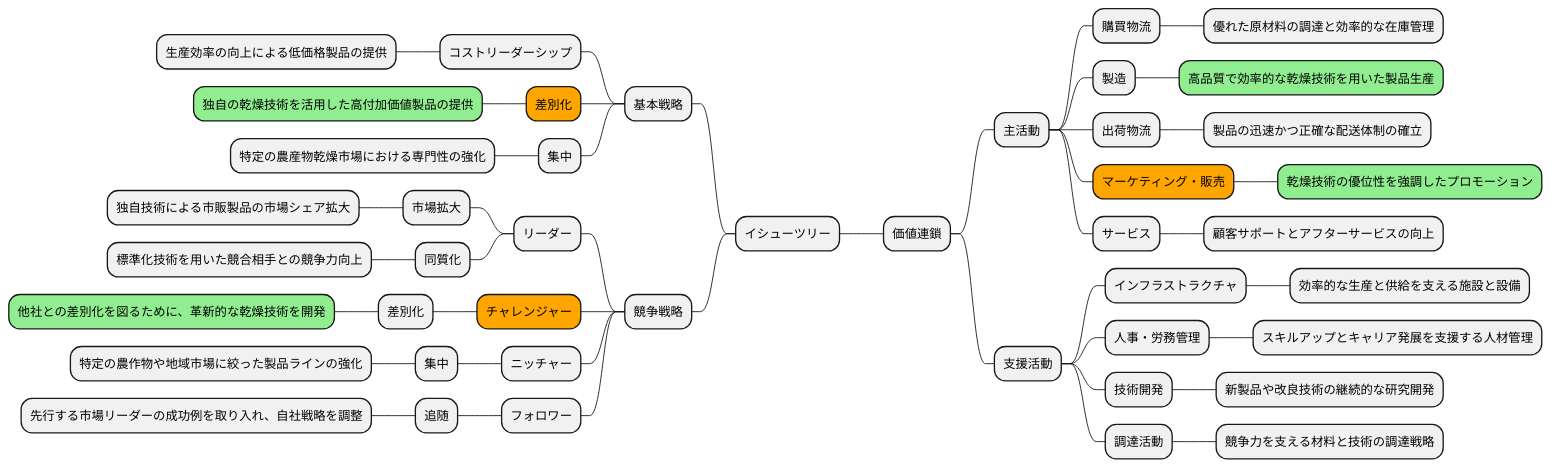
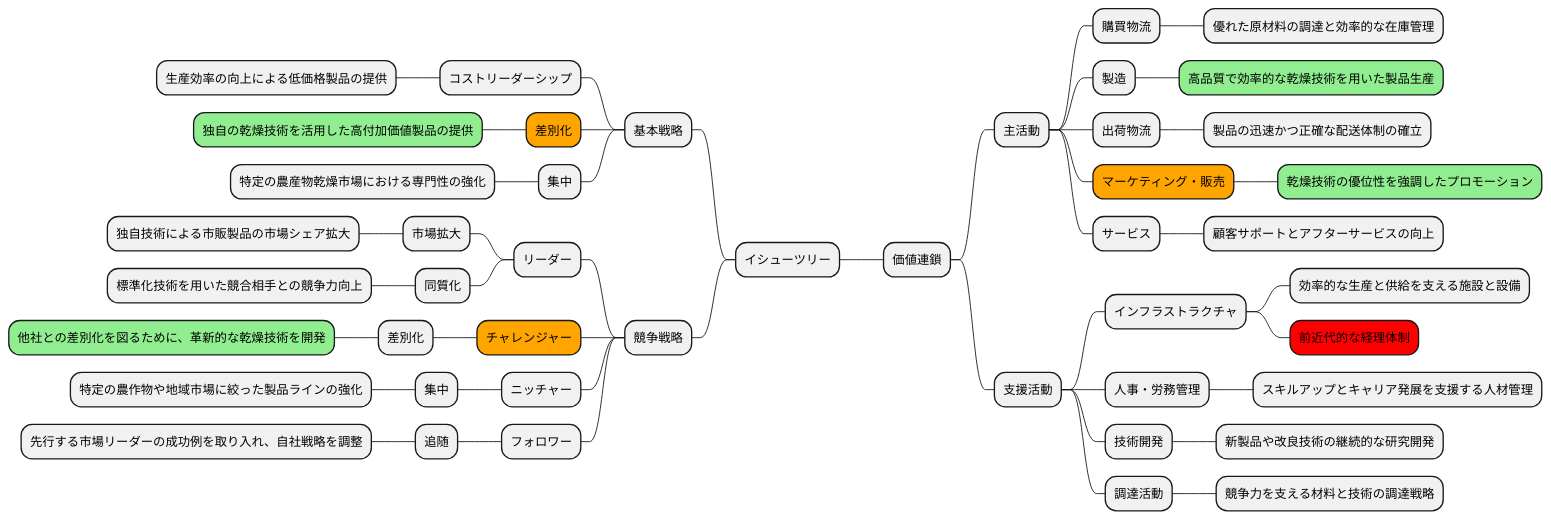
One commit to k2works/case-sutudy-business-analysis changed diagram 11 of 19 in docs/case/r01_case_1.adoc. Above: the diagram before and after it, drawn with PlantUML. The commit also changed other lines of this file, not shown here.

```diff
--- a/docs/case/r01_case_1.adoc
+++ b/docs/case/r01_case_1.adoc
@@ -343,53 +344,54 @@
 [plantuml]
 ----
 @startmindmap
 
 * イシューツリー
 left side
 ** 基本戦略
 *** コストリーダーシップ
 **** 生産効率の向上による低価格製品の提供
 ***[#orange] 差別化
 ****[#lightgreen] 独自の乾燥技術を活用した高付加価値製品の提供
 *** 集中
 **** 特定の農産物乾燥市場における専門性の強化
 ** 競争戦略
 *** リーダー
 **** 市場拡大
 ***** 独自技術による市販製品の市場シェア拡大
 **** 同質化
 ***** 標準化技術を用いた競合相手との競争力向上
 ***[#orange] チャレンジャー
 **** 差別化
 *****[#lightgreen] 他社との差別化を図るために、革新的な乾燥技術を開発
 *** ニッチャー
 **** 集中
 ***** 特定の農作物や地域市場に絞った製品ラインの強化
 *** フォロワー
 **** 追随
 ***** 先行する市場リーダーの成功例を取り入れ、自社戦略を調整
 right side
 ** 価値連鎖
 *** 主活動
 **** 購買物流
 ***** 優れた原材料の調達と効率的な在庫管理
 **** 製造
 *****[#lightgreen] 高品質で効率的な乾燥技術を用いた製品生産
 **** 出荷物流
 ***** 製品の迅速かつ正確な配送体制の確立
 ****[#orange] マーケティング・販売
 *****[#lightgreen] 乾燥技術の優位性を強調したプロモーション
 **** サービス
 ***** 顧客サポートとアフターサービスの向上
 *** 支援活動
 **** インフラストラクチャ
 ***** 効率的な生産と供給を支える施設と設備
+*****[#red] 前近代的な経理体制
 **** 人事・労務管理
 ***** スキルアップとキャリア発展を支援する人材管理
 **** 技術開発
 ***** 新製品や改良技術の継続的な研究開発
 **** 調達活動
 ***** 競争力を支える材料と技術の調達戦略
 
 @endmindmap
 ----
```
